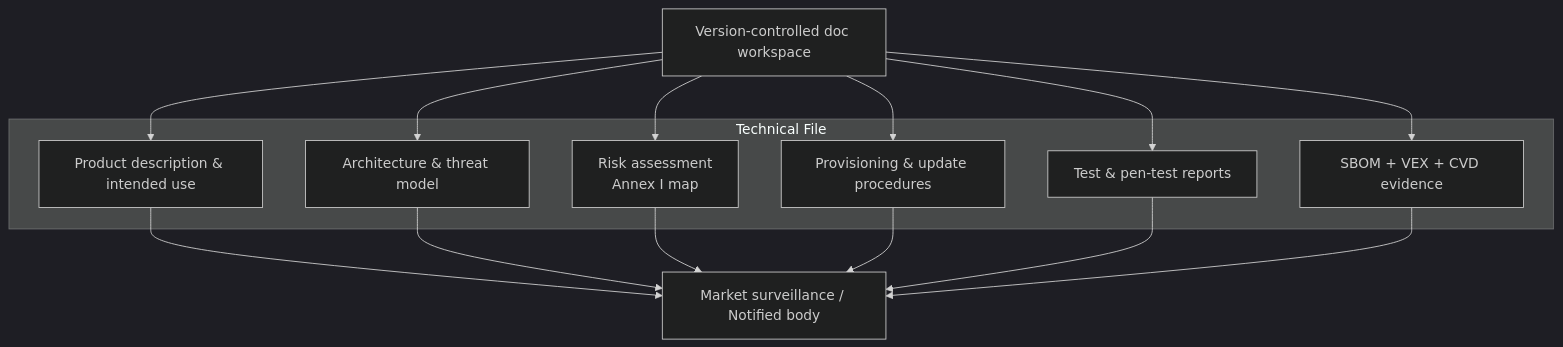
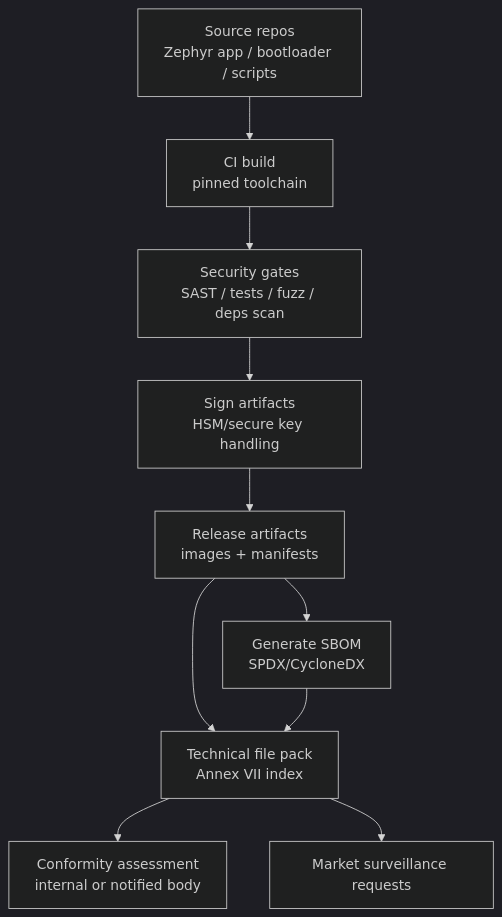
The first of 3 diagrams in docs/security/cra/documentation-and-sbom.md (Ac6Embedded/apollo-docs), drawn with Mermaid (dark theme) before and after one commit. The commit also changed other lines of this file and 140 other files, not shown here.

Commit message:
Prune unused sections and locales; focus navigation on CRA Refine CRA content formatting: diagrams, footnotes, references Update Docusaurus config and dependencies

````diff
--- a/docs/security/cra/documentation-and-sbom.md
+++ b/docs/security/cra/documentation-and-sbom.md
@@ -22,23 +98,12 @@
 ```mermaid
 flowchart TD
-    subgraph Technical File
-        desc[Product description & intended use]
-        arch[Architecture & threat model]
-        risk[Risk assessment<br/>Annex I map]
-        prod[Provisioning & update procedures]
-        tests[Test & pen-test reports]
-        sbom[SBOM + VEX + CVD evidence]
-    end
-    repo[Version-controlled doc workspace] --> desc
-    repo --> arch
-    repo --> risk
-    repo --> prod
-    repo --> tests
-    repo --> sbom
-    desc --> Auditor[Market surveillance / Notified body]
-    arch --> Auditor
-    risk --> Auditor
-    prod --> Auditor
-    tests --> Auditor
-    sbom --> Auditor
+  A[Source repos<br/>Zephyr app / bootloader / scripts] --> B[CI build<br/>pinned toolchain]
+  B --> C[Security gates<br/>SAST / tests / fuzz / deps scan]
+  C --> D[Sign artifacts<br/>HSM/secure key handling]
+  D --> E[Release artifacts<br/>images + manifests]
+  E --> F[Generate SBOM<br/>SPDX/CycloneDX]
+  E --> G[Technical file pack<br/>Annex VII index]
+  F --> G
+  G --> H[Conformity assessment<br/>internal or notified body]
+  G --> I[Market surveillance requests]
 ```
````
